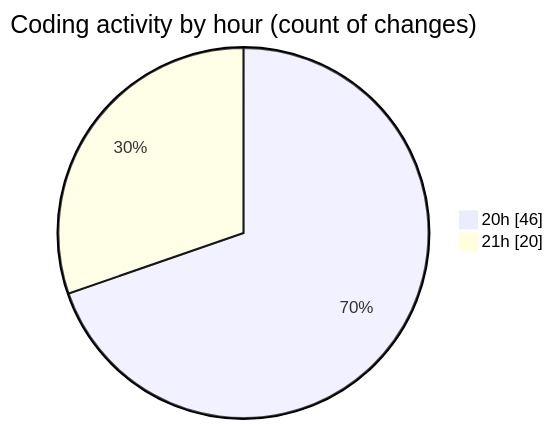
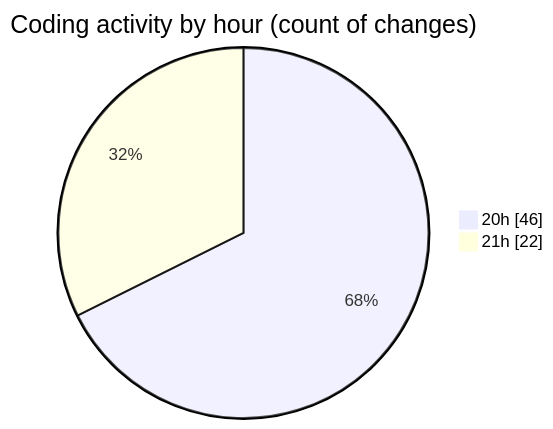
The second of 2 diagrams in 2025-10-29/skintrack/README.md (Netris89/code-tracking), drawn with Mermaid before and after one commit. The commit also changed other lines of this file and 1 other file, not shown here.

````diff
--- a/2025-10-29/skintrack/README.md
+++ b/2025-10-29/skintrack/README.md
@@ -45,6 +45,6 @@
 ```mermaid
 pie showData
 title Coding activity by hour (count of changes)
 "20h" : 46
-"21h" : 20
+"21h" : 22
 ```
````
